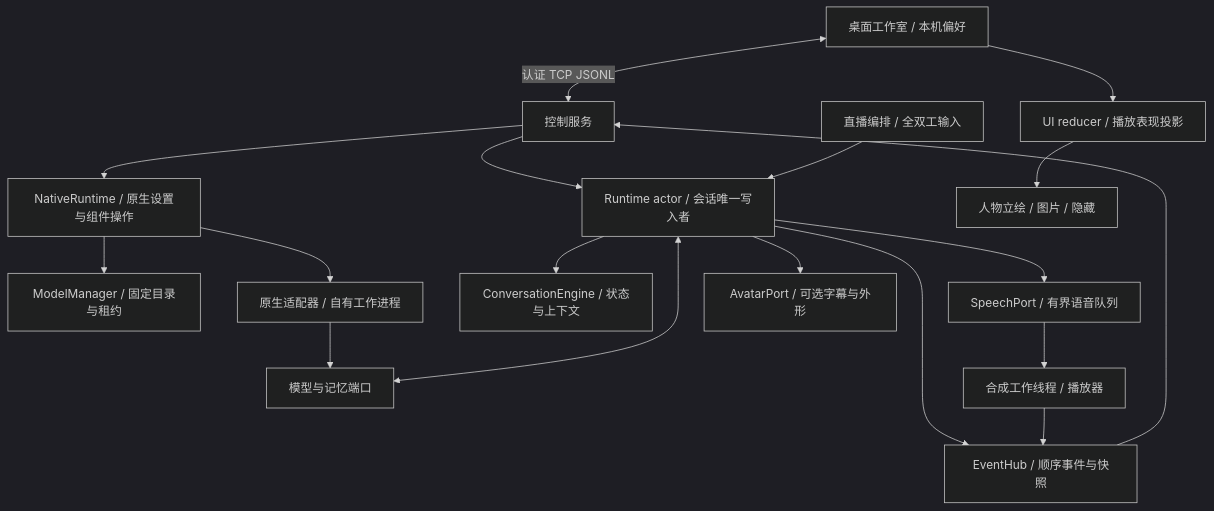
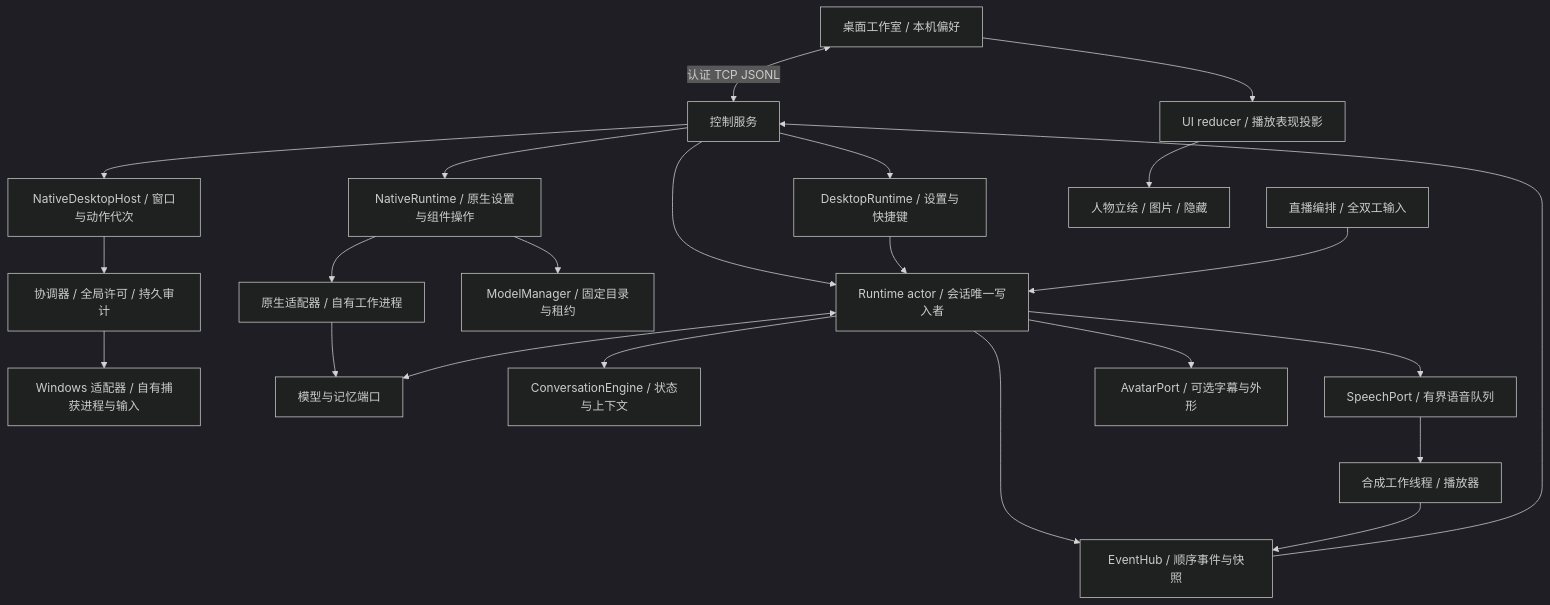
One commit to QwQBiG/AIex changed the first of 2 diagrams in docs/ARCHITECTURE.md. Above: the diagram before and after it, drawn with Mermaid (dark theme). The commit also changed other lines of this file and 146 other files, not shown here.

Commit message:
Implement 0.10 native desktop and memory migration

````diff
--- a/docs/ARCHITECTURE.md
+++ b/docs/ARCHITECTURE.md
@@ -9,20 +9,25 @@
 ```mermaid
 flowchart TB
     UI[桌面工作室 / 本机偏好] <-->|认证 TCP JSONL| Control[控制服务]
     Control --> Runtime[Runtime actor / 会话唯一写入者]
     Control --> Native[NativeRuntime / 原生设置与组件操作]
+    Control --> Desktop[NativeDesktopHost / 窗口与动作代次]
+    Desktop --> Coordinator[协调器 / 全局许可 / 持久审计]
+    Coordinator --> Windows[Windows 适配器 / 自有捕获进程与输入]
+    Control --> Behavior[DesktopRuntime / 设置与快捷键]
+    Behavior --> Runtime
     Native --> Manager[ModelManager / 固定目录与租约]
     Native --> Pool[原生适配器 / 自有工作进程]
     Pool --> Ports
     Live[直播编排 / 全双工输入] --> Runtime
     Runtime --> Engine[ConversationEngine / 状态与上下文]
     Runtime <--> Ports[模型与记忆端口]
     Runtime --> Queue[SpeechPort / 有界语音队列]
     Runtime --> Avatar[AvatarPort / 可选字幕与外形]
     Queue --> Worker[合成工作线程 / 播放器]
     Runtime --> Hub[EventHub / 顺序事件与快照]
     Worker --> Hub
     Hub --> Control
     UI --> Projection[UI reducer / 播放表现投影]
     Projection --> Body[人物立绘 / 图片 / 隐藏]
 ```
````
